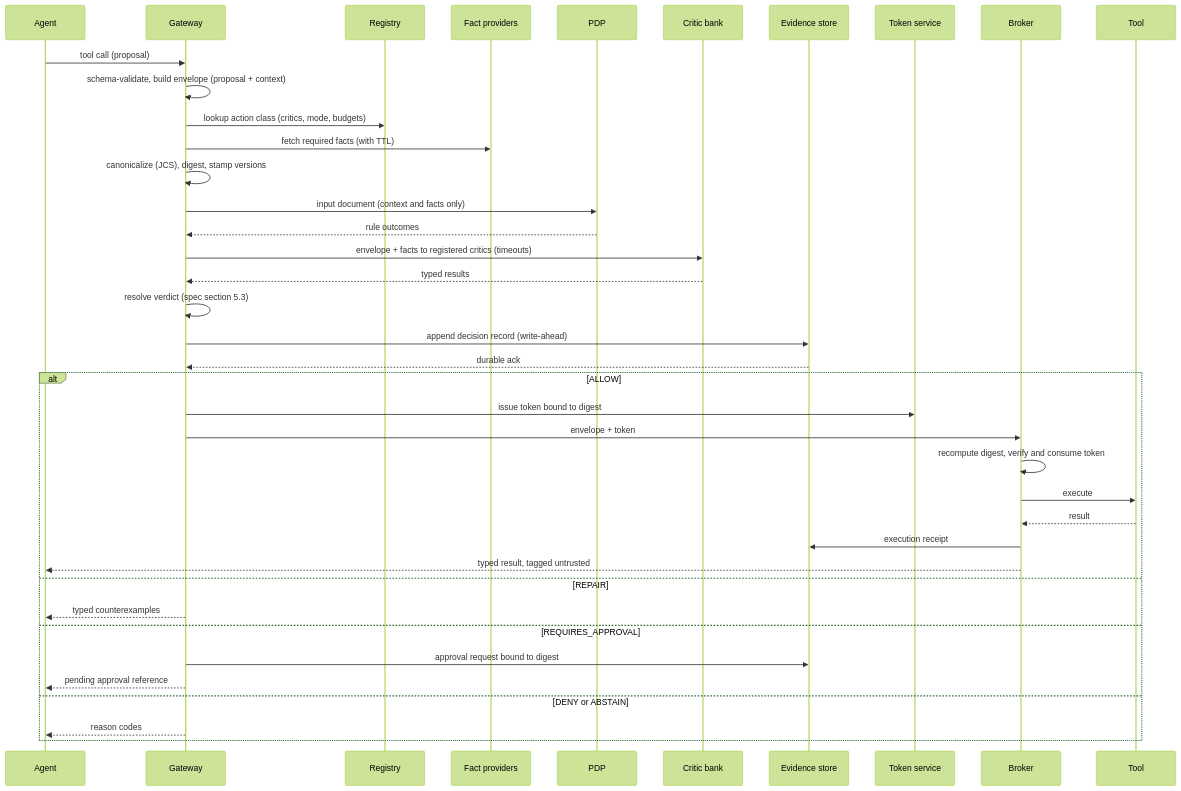
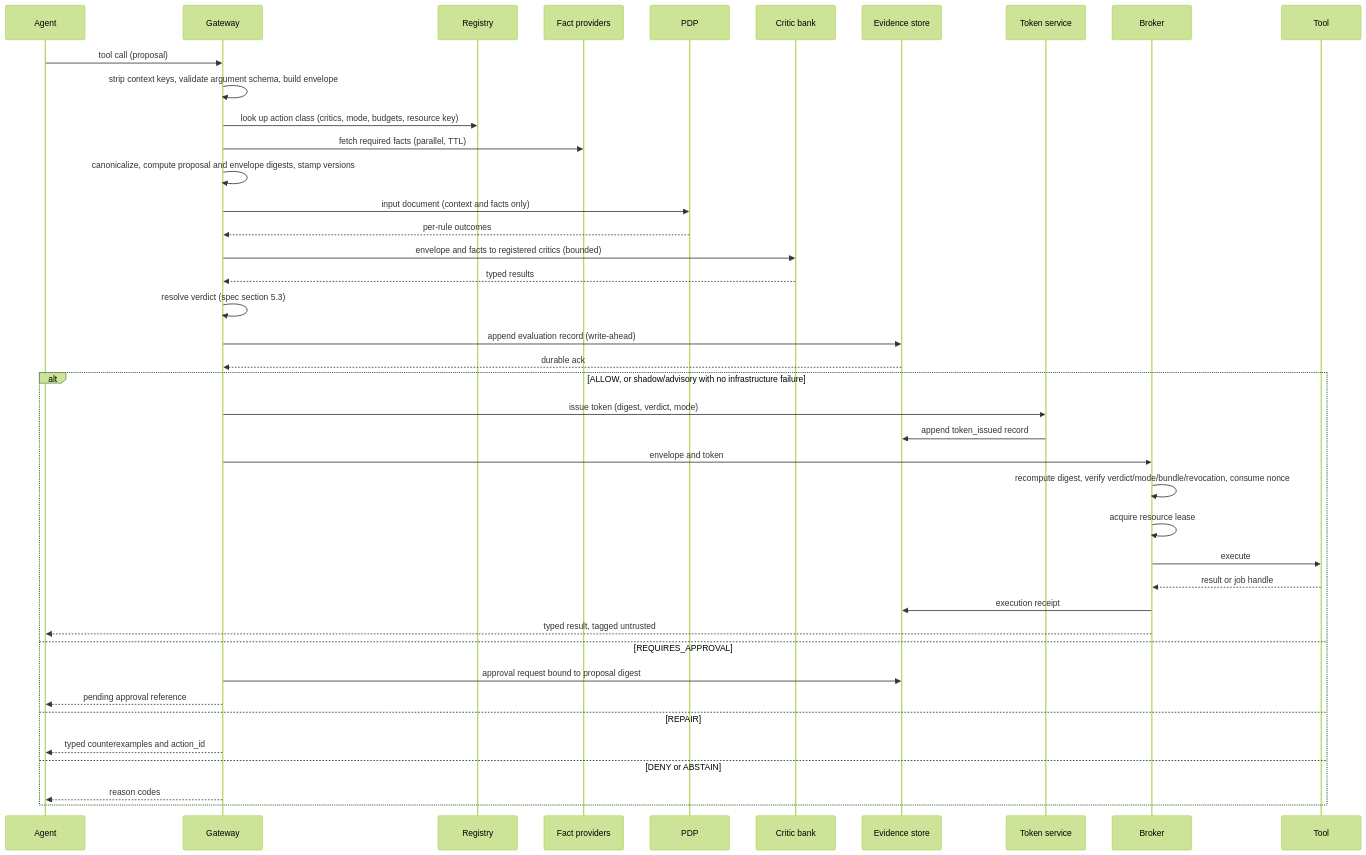
Before and after one commit to ianshank/Neuroharness: the second of 4 diagrams in docs/sdd/02-technical-plan.md, drawn with Mermaid (forest theme). The commit also changed other lines of this file and 24 other files, not shown here.

````diff
--- a/docs/sdd/02-technical-plan.md
+++ b/docs/sdd/02-technical-plan.md
@@ -62,41 +64,43 @@
 ```mermaid
 sequenceDiagram
   participant Agent
   participant GW as Gateway
   participant REG as Registry
   participant FP as Fact providers
   participant PDP
   participant CB as Critic bank
   participant EV as Evidence store
   participant TK as Token service
   participant BR as Broker
   participant Tool
   Agent->>GW: tool call (proposal)
-  GW->>GW: schema-validate, build envelope (proposal + context)
-  GW->>REG: lookup action class (critics, mode, budgets)
-  GW->>FP: fetch required facts (with TTL)
-  GW->>GW: canonicalize (JCS), digest, stamp versions
+  GW->>GW: strip context keys, validate argument schema, build envelope
+  GW->>REG: look up action class (critics, mode, budgets, resource key)
+  GW->>FP: fetch required facts (parallel, TTL)
+  GW->>GW: canonicalize, compute proposal and envelope digests, stamp versions
   GW->>PDP: input document (context and facts only)
-  PDP-->>GW: rule outcomes
-  GW->>CB: envelope + facts to registered critics (timeouts)
+  PDP-->>GW: per-rule outcomes
+  GW->>CB: envelope and facts to registered critics (bounded)
   CB-->>GW: typed results
   GW->>GW: resolve verdict (spec section 5.3)
-  GW->>EV: append decision record (write-ahead)
+  GW->>EV: append evaluation record (write-ahead)
   EV-->>GW: durable ack
-  alt ALLOW
-    GW->>TK: issue token bound to digest
-    GW->>BR: envelope + token
-    BR->>BR: recompute digest, verify and consume token
+  alt ALLOW, or shadow/advisory with no infrastructure failure
+    GW->>TK: issue token (digest, verdict, mode)
+    TK->>EV: append token_issued record
+    GW->>BR: envelope and token
+    BR->>BR: recompute digest, verify verdict/mode/bundle/revocation, consume nonce
+    BR->>BR: acquire resource lease
     BR->>Tool: execute
-    Tool-->>BR: result
+    Tool-->>BR: result or job handle
     BR->>EV: execution receipt
     BR-->>Agent: typed result, tagged untrusted
+  else REQUIRES_APPROVAL
+    GW->>EV: approval request bound to proposal digest
+    GW-->>Agent: pending approval reference
   else REPAIR
-    GW-->>Agent: typed counterexamples
-  else REQUIRES_APPROVAL
-    GW->>EV: approval request bound to digest
-    GW-->>Agent: pending approval reference
+    GW-->>Agent: typed counterexamples and action_id
   else DENY or ABSTAIN
     GW-->>Agent: reason codes
   end
 ```
````
